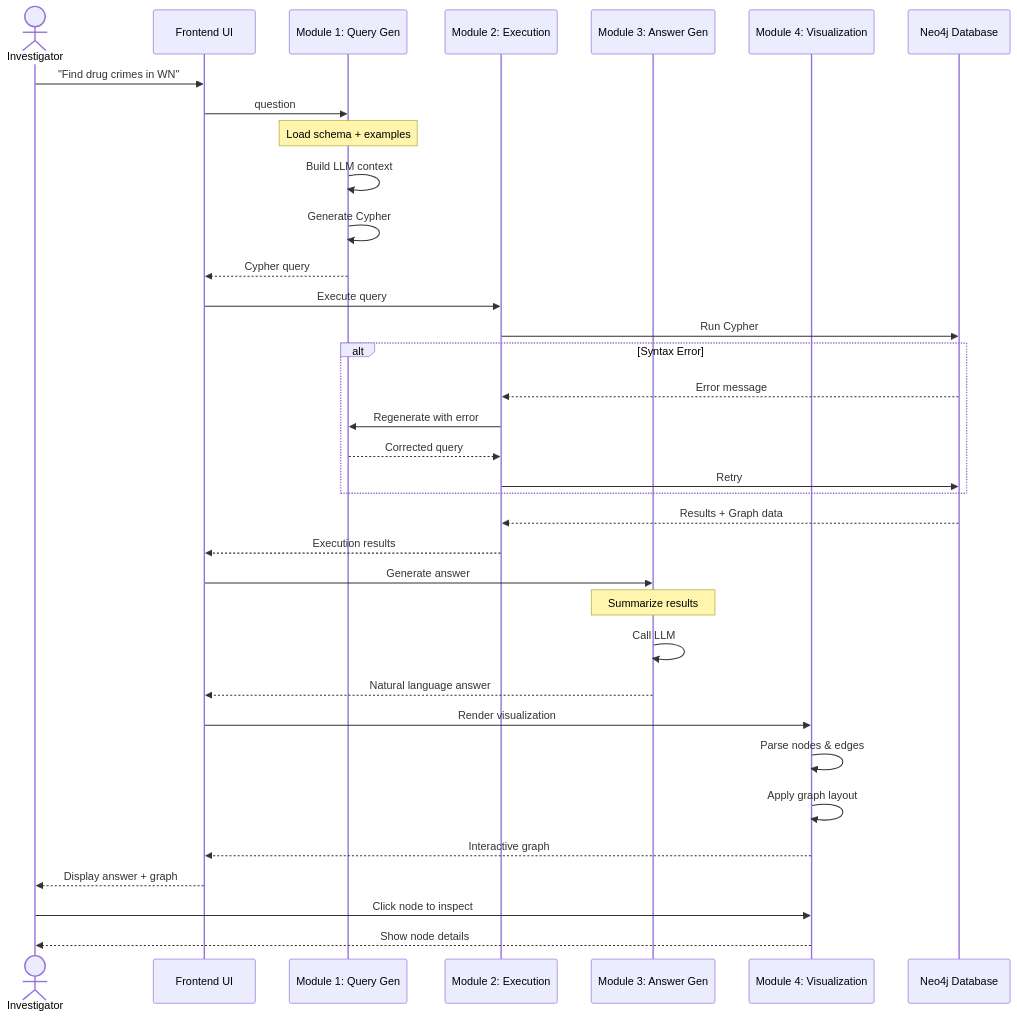
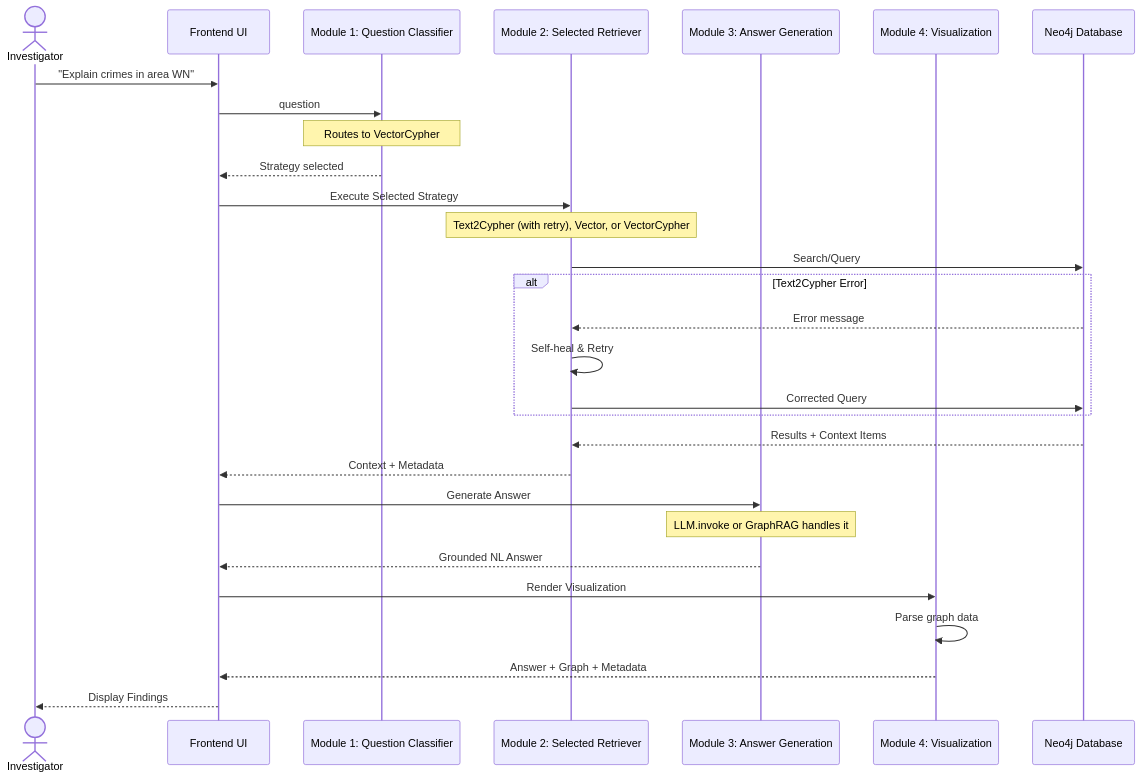
Before and after one commit to sairamreddy77/Investigraph: the fifth of 5 diagrams in docs/METHODOLOGY.md, drawn with Mermaid. The commit also changed other lines of this file and 6 other files, not shown here.

````diff
--- a/docs/METHODOLOGY.md
+++ b/docs/METHODOLOGY.md
@@ -489,46 +489,39 @@
 ```mermaid
 sequenceDiagram
     actor Investigator
     participant UI as Frontend UI
-    participant M1 as Module 1: Query Gen
-    participant M2 as Module 2: Execution
-    participant M3 as Module 3: Answer Gen
+    participant M1 as Module 1: Question Classifier
+    participant M2 as Module 2: Selected Retriever
+    participant M3 as Module 3: Answer Generation
     participant M4 as Module 4: Visualization
     participant DB as Neo4j Database
 
-    Investigator->>UI: "Find drug crimes in WN"
+    Investigator->>UI: "Explain crimes in area WN"
 
     UI->>M1: question
-    Note over M1: Load schema + examples
-    M1->>M1: Build LLM context
-    M1->>M1: Generate Cypher
-    M1-->>UI: Cypher query
+    Note over M1: Routes to VectorCypher
+    M1-->>UI: Strategy selected
 
-    UI->>M2: Execute query
-    M2->>DB: Run Cypher
+    UI->>M2: Execute Selected Strategy
+    Note over M2: Text2Cypher (with retry), Vector, or VectorCypher
+    M2->>DB: Search/Query
+    
+    alt Text2Cypher Error
+        DB-->>M2: Error message
+        M2->>M2: Self-heal & Retry
+        M2->>DB: Corrected Query
+    end
+    
+    DB-->>M2: Results + Context Items
+    M2-->>UI: Context + Metadata
 
-    alt Syntax Error
-        DB-->>M2: Error message
-        M2->>M1: Regenerate with error
-        M1-->>M2: Corrected query
-        M2->>DB: Retry
-    end
+    UI->>M3: Generate Answer
+    Note over M3: LLM.invoke or GraphRAG handles it
+    M3-->>UI: Grounded NL Answer
 
-    DB-->>M2: Results + Graph data
-    M2-->>UI: Execution results
+    UI->>M4: Render Visualization
+    M4->>M4: Parse graph data
+    M4-->>UI: Answer + Graph + Metadata
 
-    UI->>M3: Generate answer
-    Note over M3: Summarize results
-    M3->>M3: Call LLM
-    M3-->>UI: Natural language answer
-
-    UI->>M4: Render visualization
-    M4->>M4: Parse nodes & edges
-    M4->>M4: Apply graph layout
-    M4-->>UI: Interactive graph
-
-    UI-->>Investigator: Display answer + graph
-
-    Investigator->>M4: Click node to inspect
-    M4-->>Investigator: Show node details
+    UI-->>Investigator: Display Findings
 ```
````
